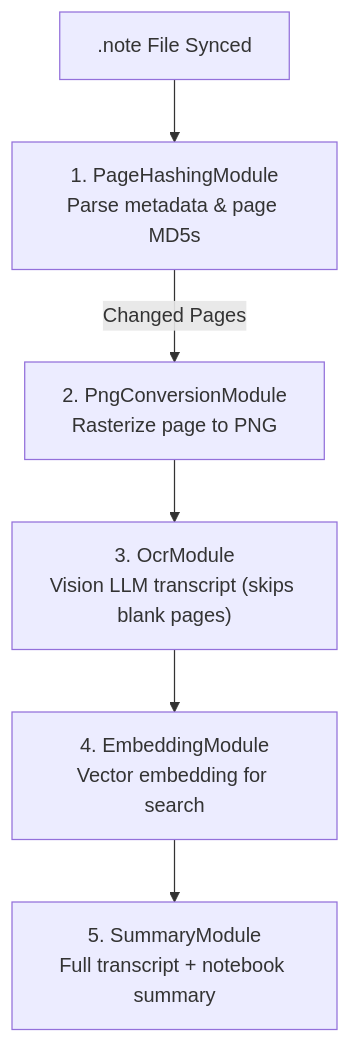
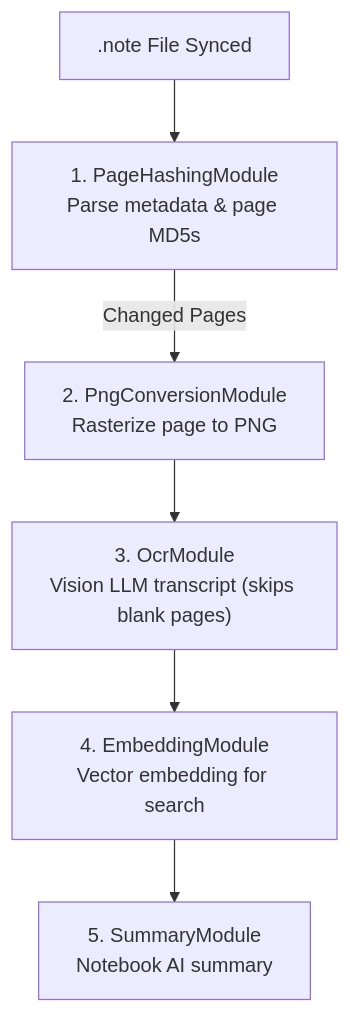
Before and after one commit to allenporter/supernote: the first of 2 diagrams in docs/mcp.md, drawn with Mermaid. The commit also changed other lines of this file and 10 other files, not shown here.

````diff
--- a/docs/mcp.md
+++ b/docs/mcp.md
@@ -11,8 +11,8 @@
 ```mermaid
 flowchart TD
     Sync[".note File Synced"] --> S1["1. PageHashingModule<br/>Parse metadata & page MD5s"]
     S1 -->|Changed Pages| S2["2. PngConversionModule<br/>Rasterize page to PNG"]
     S2 --> S3["3. OcrModule<br/>Vision LLM transcript (skips blank pages)"]
     S3 --> S4["4. EmbeddingModule<br/>Vector embedding for search"]
-    S4 --> S5["5. SummaryModule<br/>Full transcript + notebook summary"]
+    S4 --> S5["5. SummaryModule<br/>Notebook AI summary"]
 ```
````
